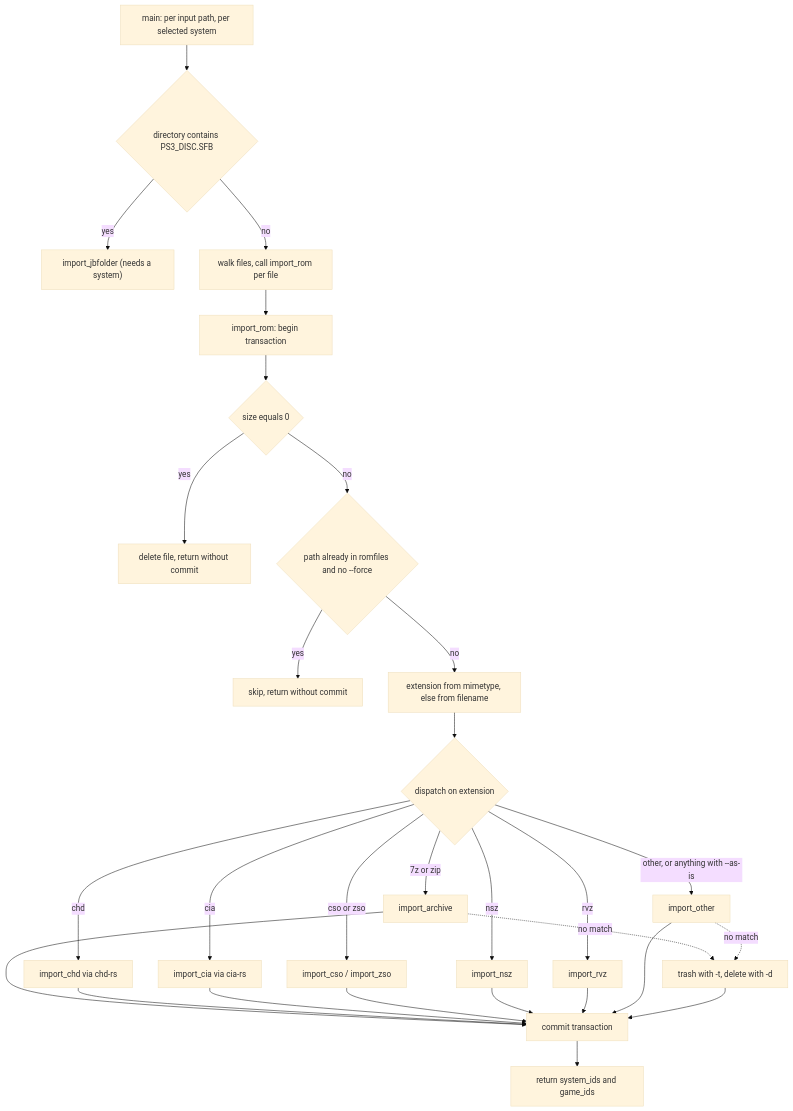
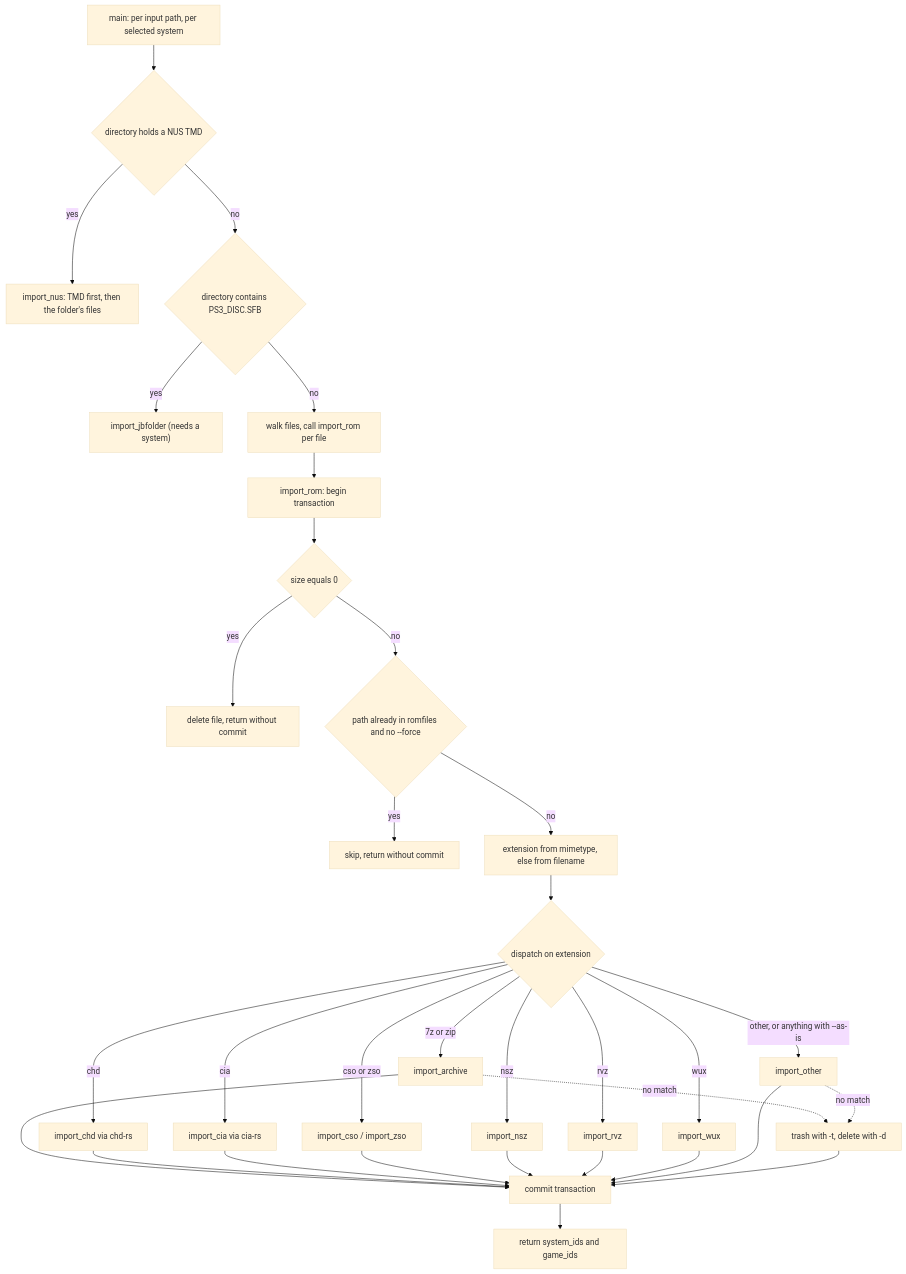
Before and after one commit to alucryd/oxyromon: the diagram in openwiki/workflows/rom-import-pipeline.md, drawn with Mermaid (base theme). The commit also changed other lines of this file and 64 other files, not shown here.

````diff
--- a/openwiki/workflows/rom-import-pipeline.md
+++ b/openwiki/workflows/rom-import-pipeline.md
@@ -196,33 +202,37 @@
 ```mermaid
 flowchart TD
-    S["main: per input path, per selected system"] --> JB{"directory contains PS3_DISC.SFB"}
+    S["main: per input path, per selected system"] --> NU{"directory holds a NUS TMD"}
+    NU -->|"yes"| NF["import_nus: TMD first, then the folder's files"]
+    NU -->|"no"| JB{"directory contains PS3_DISC.SFB"}
     JB -->|"yes"| JF["import_jbfolder (needs a system)"]
     JB -->|"no"| W["walk files, call import_rom per file"]
 
     W --> A["import_rom: begin transaction"]
     A --> B{"size equals 0"}
     B -->|"yes"| B1["delete file, return without commit"]
     B -->|"no"| C{"path already in romfiles and no --force"}
     C -->|"yes"| C1["skip, return without commit"]
     C -->|"no"| D["extension from mimetype, else from filename"]
     D --> E{"dispatch on extension"}
     E -->|"7z or zip"| F["import_archive"]
     E -->|"chd"| G["import_chd via chd-rs"]
     E -->|"cia"| H["import_cia via cia-rs"]
     E -->|"cso or zso"| I["import_cso / import_zso"]
     E -->|"nsz"| J2["import_nsz"]
     E -->|"rvz"| K["import_rvz"]
+    E -->|"wux"| WX["import_wux"]
     E -->|"other, or anything with --as-is"| L["import_other"]
 
     F --> M["commit transaction"]
     G --> M
     H --> M
     I --> M
     J2 --> M
     K --> M
+    WX --> M
     L --> M
     F -.->|"no match"| O["trash with -t, delete with -d"]
     L -.->|"no match"| O
     O --> M
     M --> P["return system_ids and game_ids"]
 ```
````
